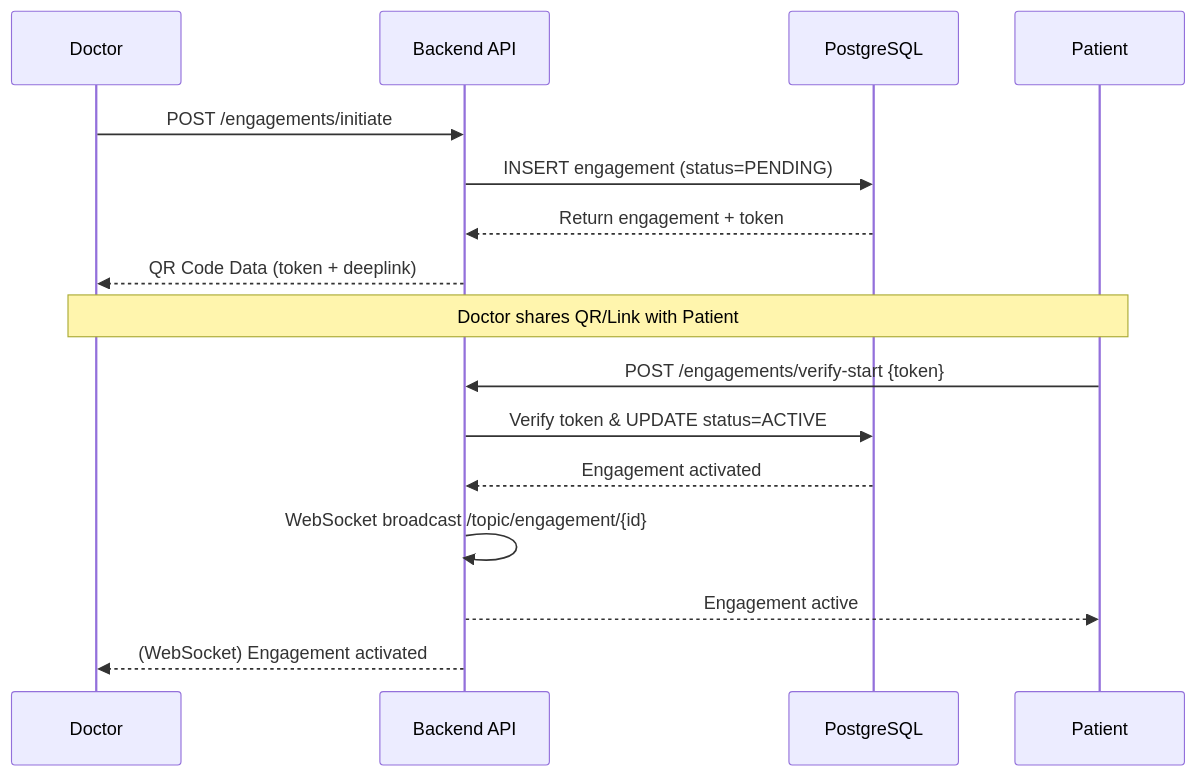
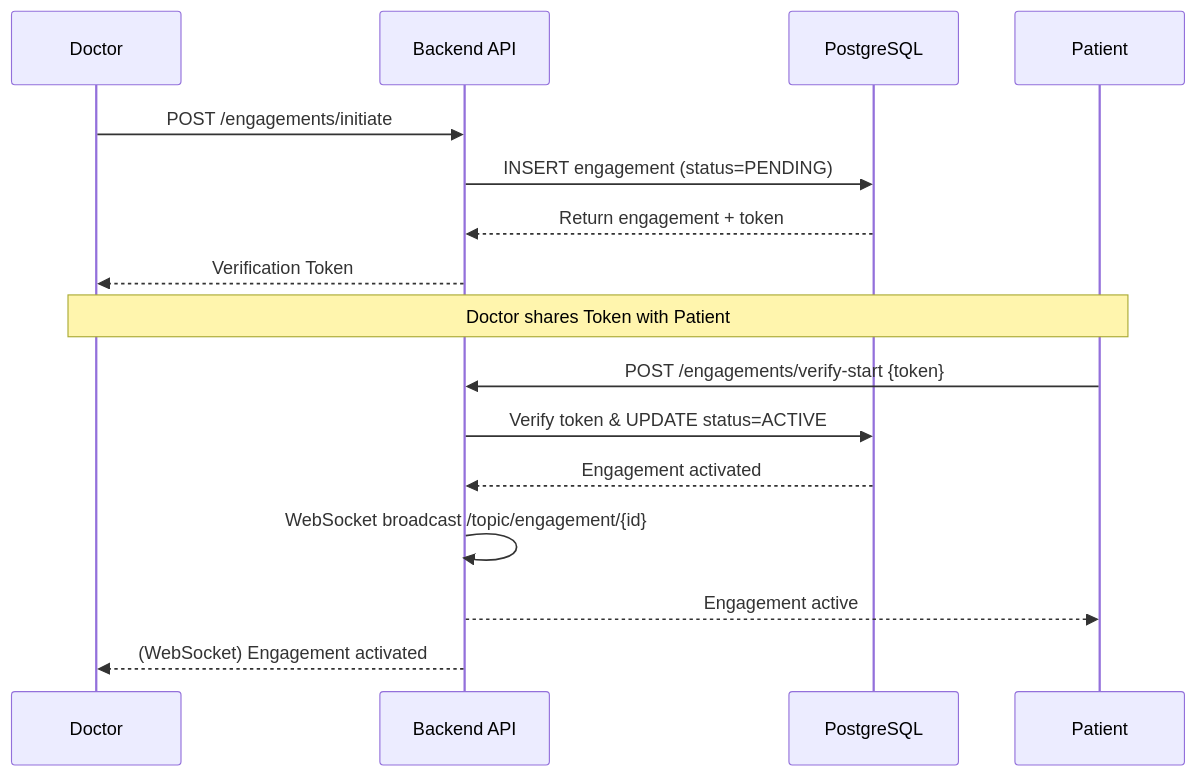
The first of 4 diagrams in backend/backend/README.md (Abdallah-A-Raafat/Nuralhealer), drawn with Mermaid before and after one commit. The commit also changed other lines of this file and 11 other files, not shown here.

````diff
--- a/backend/backend/README.md
+++ b/backend/backend/README.md
@@ -97,21 +97,21 @@
 ```mermaid
 sequenceDiagram
     participant D as Doctor
     participant API as Backend API
     participant DB as PostgreSQL
     participant P as Patient
 
     D->>API: POST /engagements/initiate
     API->>DB: INSERT engagement (status=PENDING)
     DB-->>API: Return engagement + token
-    API-->>D: QR Code Data (token + deeplink)
+    API-->>D: Verification Token
     
-    Note over D,P: Doctor shares QR/Link with Patient
+    Note over D,P: Doctor shares Token with Patient
     
     P->>API: POST /engagements/verify-start {token}
     API->>DB: Verify token & UPDATE status=ACTIVE
     DB-->>API: Engagement activated
     API->>API: WebSocket broadcast /topic/engagement/{id}
     API-->>P: Engagement active
     API-->>D: (WebSocket) Engagement activated
 ```
````
